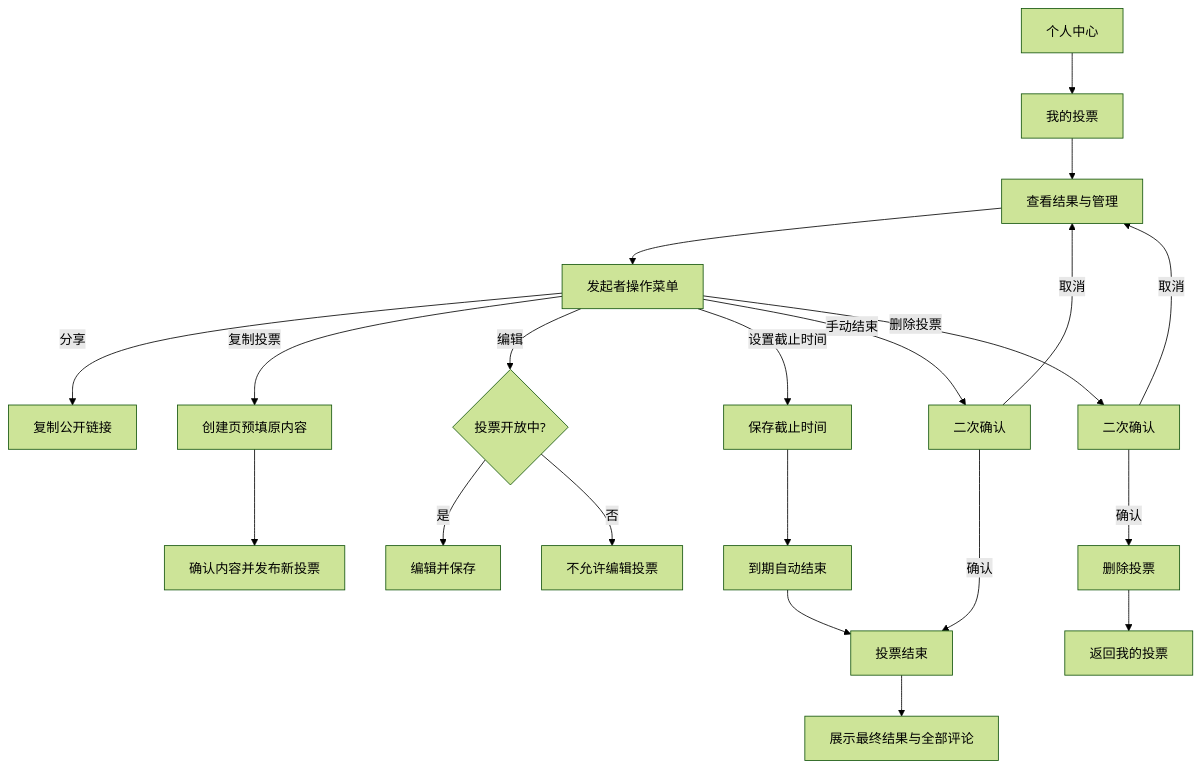
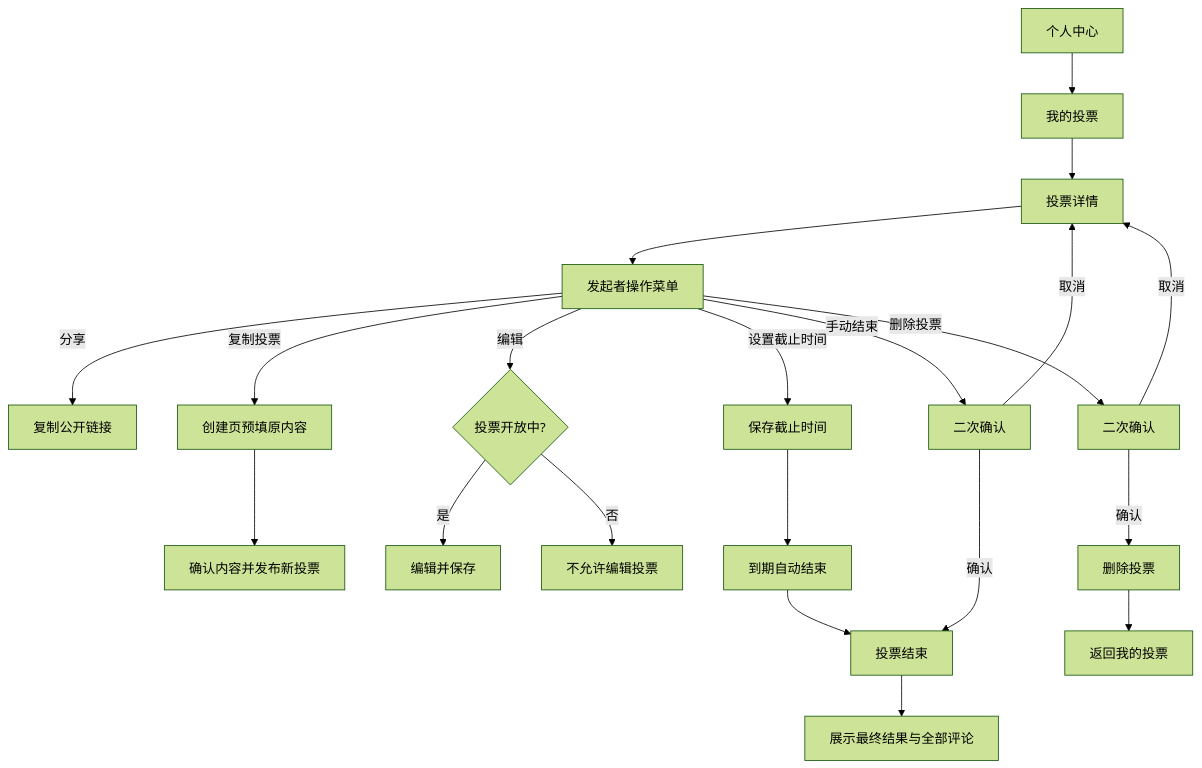
The fifth of 8 diagrams in docs/UserFlow.md (sd5913/The-Aliien-Repo), drawn with Mermaid (forest theme) before and after one commit. The commit also changed other lines of this file and 3 other files, not shown here.

````diff
--- a/docs/UserFlow.md
+++ b/docs/UserFlow.md
@@ -79,28 +124,28 @@
 ```mermaid
 flowchart TD
     A[个人中心] --> B[我的投票]
-    B --> C[查看结果与管理]
+    B --> C[投票详情]
     C --> D[发起者操作菜单]
 
     D -->|分享| E[复制公开链接]
     D -->|复制投票| F[创建页预填原内容]
     F --> G[确认内容并发布新投票]
 
     D -->|编辑| H{投票开放中?}
     H -->|是| I[编辑并保存]
     H -->|否| J[不允许编辑投票]
 
     D -->|设置截止时间| K[保存截止时间]
     K --> L[到期自动结束]
 
     D -->|手动结束| M[二次确认]
     M -->|确认| N[投票结束]
     M -->|取消| C
     L --> N
     N --> O[展示最终结果与全部评论]
 
     D -->|删除投票| P[二次确认]
     P -->|确认| Q[删除投票]
     P -->|取消| C
     Q --> R[返回我的投票]
 ```
````
